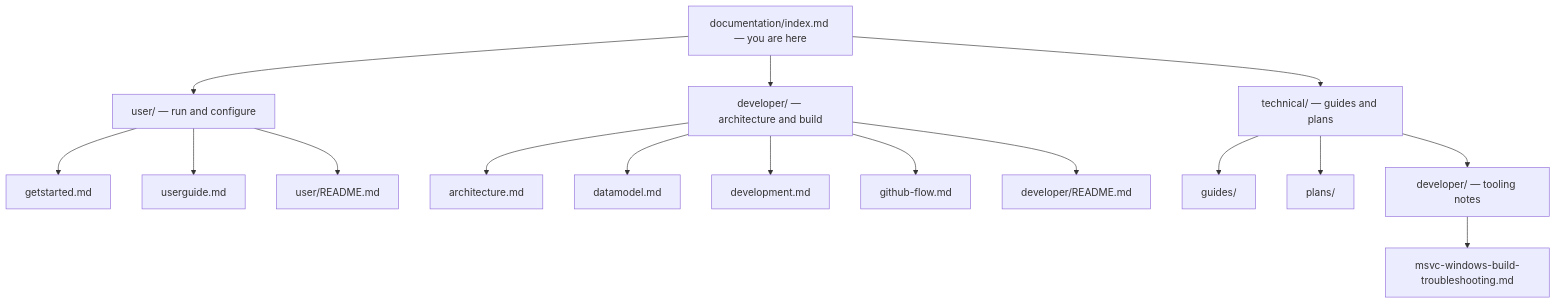
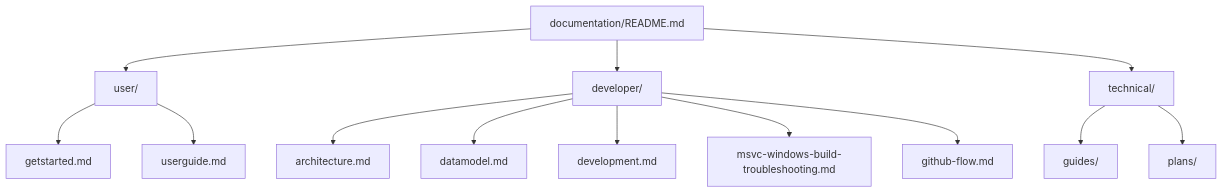
One commit to imperialCHEPI/healthgps changed the diagram in documentation/index.md. Above: the diagram before and after it, drawn with Mermaid. The commit also changed other lines of this file and 25 other files, not shown here.

````diff
--- a/documentation/index.md
+++ b/documentation/index.md
@@ -123,22 +125,16 @@
 ```mermaid
 flowchart TB
-    HOME[documentation/index.md — you are here]
-    HOME --> USER[user/ — run and configure]
-    HOME --> DEV[developer/ — architecture and build]
-    HOME --> TECH[technical/ — guides and plans]
-
+    ROOT[documentation/README.md]
+    ROOT --> USER[user/]
+    ROOT --> DEV[developer/]
+    ROOT --> TECH[technical/]
     USER --> GS[getstarted.md]
     USER --> UG[userguide.md]
-    USER --> UIDX[user/README.md]
-
     DEV --> ARCH[architecture.md]
     DEV --> DM[datamodel.md]
     DEV --> DV[development.md]
+    DEV --> MSVC[msvc-windows-build-troubleshooting.md]
     DEV --> GH[github-flow.md]
-    DEV --> DIDX[developer/README.md]
-
-    TECH --> GUIDE[guides/]
-    TECH --> PLAN[plans/]
-    TECH --> TDEV[developer/ — tooling notes]
-    TDEV --> MSVC[msvc-windows-build-troubleshooting.md]
+    TECH --> GUIDES[guides/]
+    TECH --> PLANS[plans/]
 ```
````
